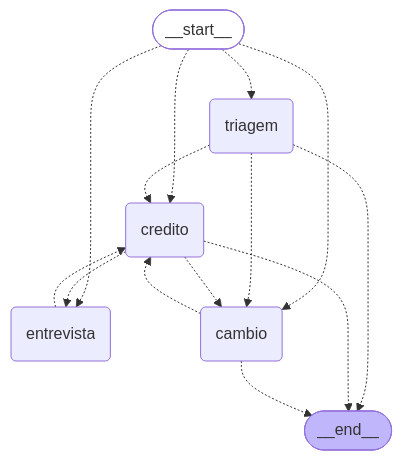
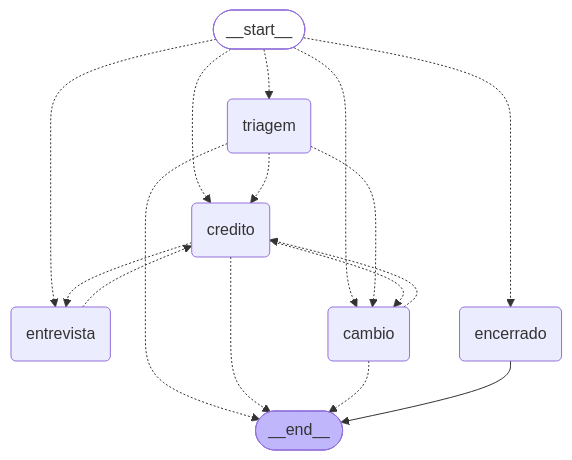
Before and after one commit to marcossesh/desafio-tecnico-t4h-agilbot: the first of 2 diagrams in README.md, drawn with Mermaid. The commit also changed other lines of this file and 14 other files, not shown here.

````diff
--- a/README.md
+++ b/README.md
@@ -96,24 +97,27 @@
 ```mermaid
 graph TD;
 	__start__([__start__]):::first
 	triagem(triagem)
 	credito(credito)
 	entrevista(entrevista)
 	cambio(cambio)
+	encerrado(encerrado)
 	__end__([__end__]):::last
 	__start__ -.-> triagem;
 	__start__ -.-> credito;
 	__start__ -.-> entrevista;
 	__start__ -.-> cambio;
+	__start__ -.-> encerrado;
 	triagem -.-> credito;
 	triagem -.-> cambio;
 	triagem -.-> __end__;
 	credito -.-> entrevista;
 	credito -.-> cambio;
 	credito -.-> __end__;
 	entrevista -.-> credito;
 	cambio -.-> credito;
 	cambio -.-> __end__;
+	encerrado --> __end__;
 	classDef first fill-opacity:0
 	classDef last fill:#bfb6fc
 ```
````
